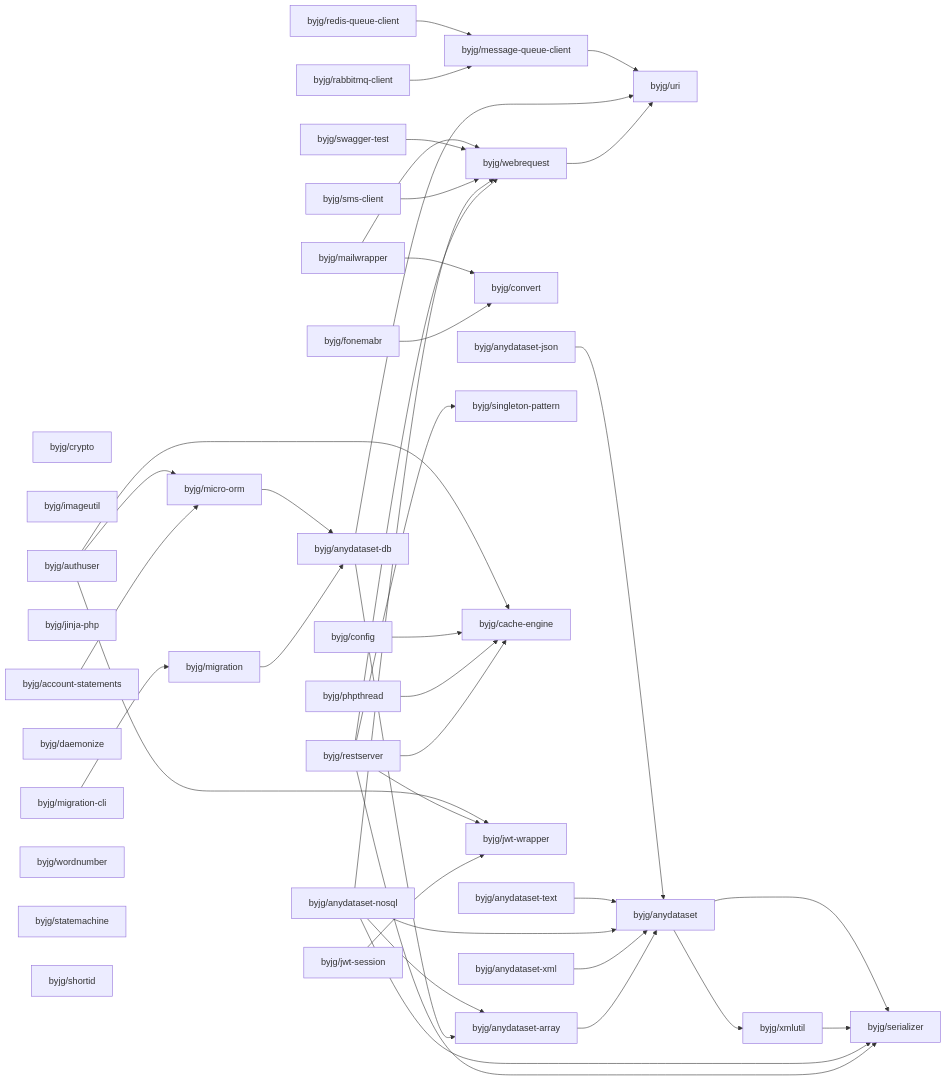
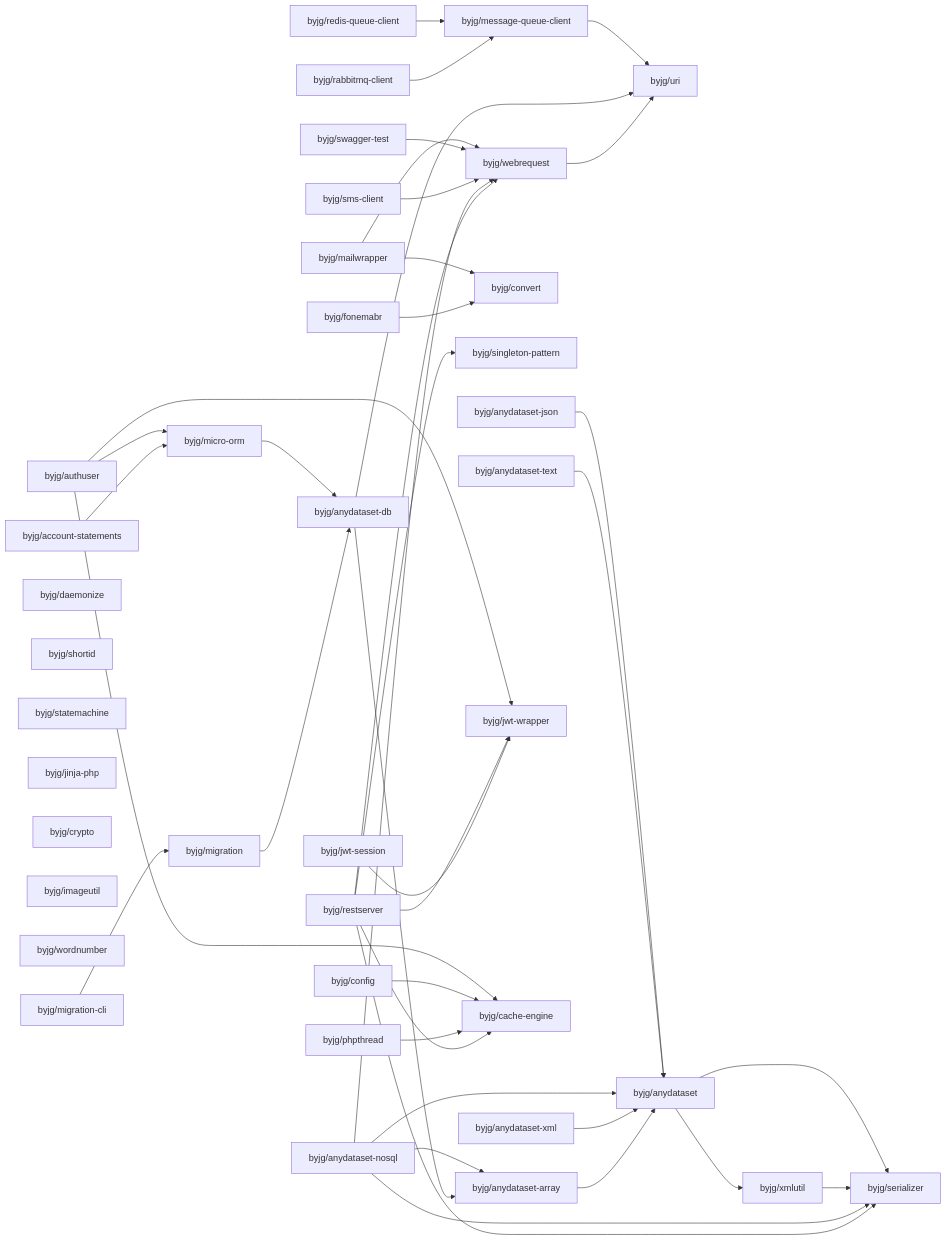
Before and after one commit to byjg/byjg.github.io: the diagram in docs/php/README.md, drawn with Mermaid. The commit also changed other lines of this file and 3 other files, not shown here.

Commit message:
Update documentation 'php' 'php-imageutil'

````diff
--- a/docs/php/README.md
+++ b/docs/php/README.md
@@ -3,78 +3,78 @@
 ```mermaid
 graph LR;
-  byjg/crypto;
   byjg/fonemabr;
+  byjg/account-statements;
+  byjg/migration-cli;
+  byjg/mailwrapper;
+  byjg/config;
+  byjg/swagger-test;
+  byjg/restserver;
+  byjg/anydataset-xml;
+  byjg/redis-queue-client;
+  byjg/daemonize;
+  byjg/shortid;
+  byjg/sms-client;
+  byjg/statemachine;
   byjg/rabbitmq-client;
-  byjg/config;
-  byjg/imageutil;
-  byjg/mailwrapper;
-  byjg/sms-client;
-  byjg/redis-queue-client;
-  byjg/phpthread;
-  byjg/restserver;
-  byjg/anydataset-nosql;
+  byjg/jinja-php;
   byjg/anydataset-json;
   byjg/anydataset-text;
+  byjg/crypto;
+  byjg/jwt-session;
+  byjg/imageutil;
+  byjg/wordnumber;
+  byjg/anydataset-nosql;
   byjg/authuser;
-  byjg/jinja-php;
-  byjg/migration-cli;
-  byjg/daemonize;
-  byjg/jwt-session;
-  byjg/anydataset-xml;
-  byjg/account-statements;
-  byjg/wordnumber;
-  byjg/swagger-test;
-  byjg/statemachine;
-  byjg/shortid;
+  byjg/phpthread;
+  byjg/migration;
   byjg/convert;
+  byjg/singleton-pattern;
   byjg/message-queue-client;
-  byjg/singleton-pattern;
+  byjg/webrequest;
+  byjg/micro-orm;
+  byjg/jwt-wrapper;
   byjg/cache-engine;
-  byjg/migration;
-  byjg/jwt-wrapper;
-  byjg/micro-orm;
-  byjg/webrequest;
   byjg/anydataset-db;
   byjg/anydataset-array;
   byjg/uri;
   byjg/anydataset;
   byjg/xmlutil;
   byjg/serializer;
   byjg/account-statements --> byjg/micro-orm;
   byjg/fonemabr --> byjg/convert;
   byjg/webrequest --> byjg/uri;
   byjg/anydataset-array --> byjg/anydataset;
   byjg/anydataset-xml --> byjg/anydataset;
   byjg/rabbitmq-client --> byjg/message-queue-client;
   byjg/redis-queue-client --> byjg/message-queue-client;
   byjg/jwt-session --> byjg/jwt-wrapper;
   byjg/anydataset-db --> byjg/anydataset-array;
   byjg/anydataset-db --> byjg/uri;
   byjg/restserver --> byjg/serializer;
   byjg/restserver --> byjg/singleton-pattern;
   byjg/restserver --> byjg/cache-engine;
   byjg/restserver --> byjg/webrequest;
   byjg/restserver --> byjg/jwt-wrapper;
   byjg/migration --> byjg/anydataset-db;
   byjg/anydataset-nosql --> byjg/anydataset;
   byjg/anydataset-nosql --> byjg/anydataset-array;
   byjg/anydataset-nosql --> byjg/serializer;
   byjg/anydataset-nosql --> byjg/webrequest;
   byjg/phpthread --> byjg/cache-engine;
   byjg/sms-client --> byjg/webrequest;
   byjg/swagger-test --> byjg/webrequest;
   byjg/migration-cli --> byjg/migration;
   byjg/config --> byjg/cache-engine;
   byjg/anydataset-text --> byjg/anydataset;
   byjg/micro-orm --> byjg/anydataset-db;
   byjg/authuser --> byjg/micro-orm;
   byjg/authuser --> byjg/cache-engine;
   byjg/authuser --> byjg/jwt-wrapper;
   byjg/anydataset-json --> byjg/anydataset;
   byjg/mailwrapper --> byjg/convert;
   byjg/mailwrapper --> byjg/webrequest;
   byjg/xmlutil --> byjg/serializer;
   byjg/anydataset --> byjg/serializer;
   byjg/anydataset --> byjg/xmlutil;
   byjg/message-queue-client --> byjg/uri;
 ```
````
